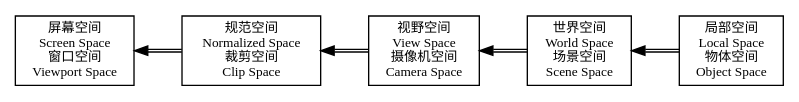
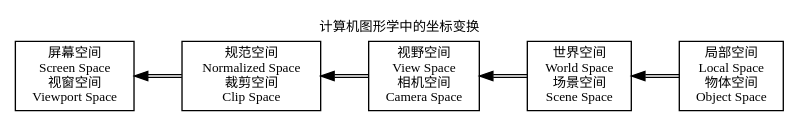
Before and after one commit to bss9395/bss9395.github.io: the diagram in _zh/Mathematics/figures/sources/Coordinate_Transformation_in_Computer_Graphics.gv, drawn with Graphviz. The commit also changed 2 other files, not shown here.

```diff
--- a/_zh/Mathematics/figures/sources/Coordinate_Transformation_in_Computer_Graphics.gv
+++ b/_zh/Mathematics/figures/sources/Coordinate_Transformation_in_Computer_Graphics.gv
@@ -1,21 +1,22 @@
 digraph{
     node[fontname="Consola", fontsize="10"];
     edge[fontname="Consola", fontsize="10"];
     graph[fontname="Consola", fontsize="10", charset="utf-8"];
     graph[compound="true", clusterrank="global", newrank="true"];
 
     node[shape="record"];
     edge[color="black:black"];
     graph[pagedir="TL", rankdir="LR", splines="line"];
+    graph[label="计算机图形学中的坐标变换", labelloc="t"];
 
-        Screen[label=" 屏幕空间 \n Screen Space \n 窗口空间 \n Viewport Space "];
+        Screen[label=" 屏幕空间 \n Screen Space \n 视窗空间 \n Viewport Space "];
         Projection[label=" 规范空间 \n Normalized Space \n 裁剪空间 \n Clip Space "];
-        View[label=" 视野空间 \n View Space \n 摄像机空间 \n Camera Space "];
+        View[label=" 视野空间 \n View Space \n 相机空间 \n Camera Space "];
         World[label=" 世界空间 \n World Space \n 场景空间 \n Scene Space "];
         Local[label=" 局部空间 \n Local Space \n 物体空间 \n Object Space "];
 
         Screen->Projection[dir="back"];
         Projection->View[dir="back"];
         View->World[dir="back"];
         World->Local[dir="back"];
 }
```
